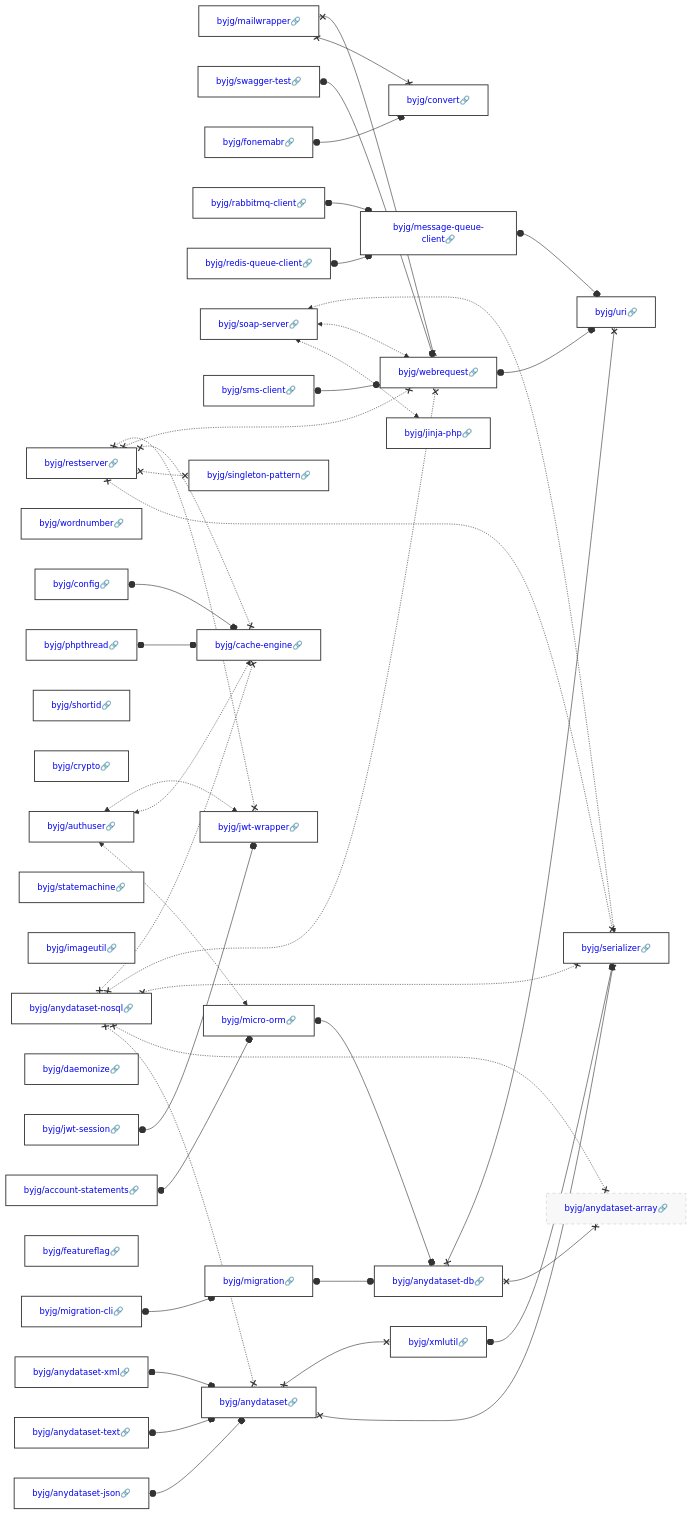
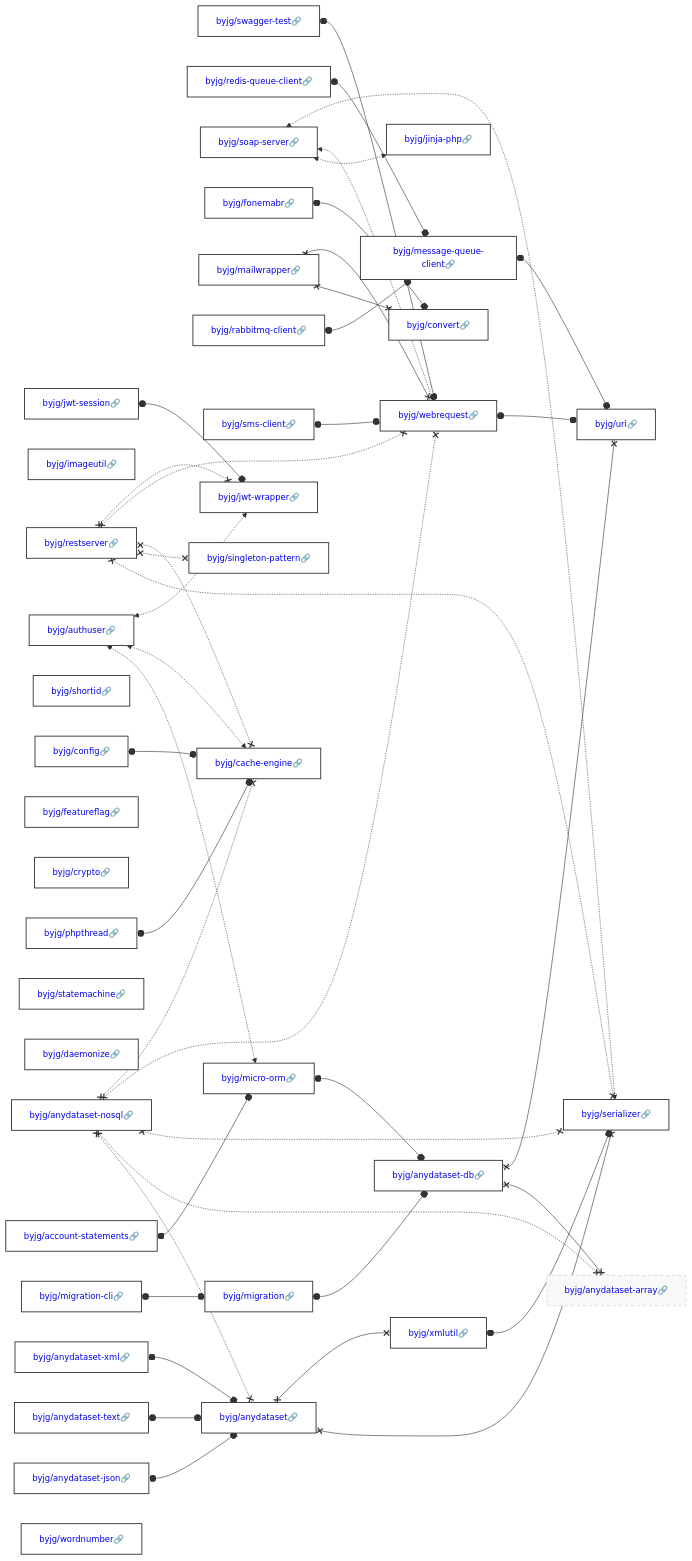
The diagram in docs/php/README.md (byjg/byjg.github.io), drawn with Mermaid before and after one commit. The commit also changed other lines of this file and 1 other file, not shown here.

Commit message:
Update documentation 'php' 'php-imageutil'

````diff
--- a/docs/php/README.md
+++ b/docs/php/README.md
@@ -3,40 +3,40 @@
 ```mermaid
 graph LR;
   byjg/jwt-session[<a href='https://opensource.byjg.com/docs/php/jwt-session' style='text-decoration:none'>byjg/jwt-session🔗</a>];
+  byjg/imageutil[<a href='https://opensource.byjg.com/docs/php/imageutil' style='text-decoration:none'>byjg/imageutil🔗</a>];
+  byjg/anydataset-text[<a href='https://opensource.byjg.com/docs/php/anydataset-text' style='text-decoration:none'>byjg/anydataset-text🔗</a>];
+  byjg/config[<a href='https://opensource.byjg.com/docs/php/config' style='text-decoration:none'>byjg/config🔗</a>];
+  byjg/shortid[<a href='https://opensource.byjg.com/docs/php/shortid' style='text-decoration:none'>byjg/shortid🔗</a>];
+  byjg/swagger-test[<a href='https://opensource.byjg.com/docs/php/swagger-test' style='text-decoration:none'>byjg/swagger-test🔗</a>];
+  byjg/anydataset-nosql[<a href='https://opensource.byjg.com/docs/php/anydataset-nosql' style='text-decoration:none'>byjg/anydataset-nosql🔗</a>];
+  byjg/redis-queue-client[<a href='https://opensource.byjg.com/docs/php/redis-queue-client' style='text-decoration:none'>byjg/redis-queue-client🔗</a>];
+  byjg/featureflag[<a href='https://opensource.byjg.com/docs/php/featureflag' style='text-decoration:none'>byjg/featureflag🔗</a>];
+  byjg/crypto[<a href='https://opensource.byjg.com/docs/php/crypto' style='text-decoration:none'>byjg/crypto🔗</a>];
+  byjg/anydataset-json[<a href='https://opensource.byjg.com/docs/php/anydataset-json' style='text-decoration:none'>byjg/anydataset-json🔗</a>];
+  byjg/soap-server[<a href='https://opensource.byjg.com/docs/php/soap-server' style='text-decoration:none'>byjg/soap-server🔗</a>];
+  byjg/statemachine[<a href='https://opensource.byjg.com/docs/php/statemachine' style='text-decoration:none'>byjg/statemachine🔗</a>];
+  byjg/daemonize[<a href='https://opensource.byjg.com/docs/php/daemonize' style='text-decoration:none'>byjg/daemonize🔗</a>];
+  byjg/fonemabr[<a href='https://opensource.byjg.com/docs/php/fonemabr' style='text-decoration:none'>byjg/fonemabr🔗</a>];
   byjg/mailwrapper[<a href='https://opensource.byjg.com/docs/php/mailwrapper' style='text-decoration:none'>byjg/mailwrapper🔗</a>];
-  byjg/swagger-test[<a href='https://opensource.byjg.com/docs/php/swagger-test' style='text-decoration:none'>byjg/swagger-test🔗</a>];
+  byjg/restserver[<a href='https://opensource.byjg.com/docs/php/restserver' style='text-decoration:none'>byjg/restserver🔗</a>];
+  byjg/authuser[<a href='https://opensource.byjg.com/docs/php/authuser' style='text-decoration:none'>byjg/authuser🔗</a>];
+  byjg/anydataset-xml[<a href='https://opensource.byjg.com/docs/php/anydataset-xml' style='text-decoration:none'>byjg/anydataset-xml🔗</a>];
+  byjg/phpthread[<a href='https://opensource.byjg.com/docs/php/phpthread' style='text-decoration:none'>byjg/phpthread🔗</a>];
+  byjg/migration-cli[<a href='https://opensource.byjg.com/docs/php/migration-cli' style='text-decoration:none'>byjg/migration-cli🔗</a>];
+  byjg/account-statements[<a href='https://opensource.byjg.com/docs/php/account-statements' style='text-decoration:none'>byjg/account-statements🔗</a>];
+  byjg/rabbitmq-client[<a href='https://opensource.byjg.com/docs/php/rabbitmq-client' style='text-decoration:none'>byjg/rabbitmq-client🔗</a>];
   byjg/wordnumber[<a href='https://opensource.byjg.com/docs/php/wordnumber' style='text-decoration:none'>byjg/wordnumber🔗</a>];
-  byjg/config[<a href='https://opensource.byjg.com/docs/php/config' style='text-decoration:none'>byjg/config🔗</a>];
-  byjg/fonemabr[<a href='https://opensource.byjg.com/docs/php/fonemabr' style='text-decoration:none'>byjg/fonemabr🔗</a>];
-  byjg/anydataset-json[<a href='https://opensource.byjg.com/docs/php/anydataset-json' style='text-decoration:none'>byjg/anydataset-json🔗</a>];
-  byjg/shortid[<a href='https://opensource.byjg.com/docs/php/shortid' style='text-decoration:none'>byjg/shortid🔗</a>];
-  byjg/crypto[<a href='https://opensource.byjg.com/docs/php/crypto' style='text-decoration:none'>byjg/crypto🔗</a>];
-  byjg/anydataset-text[<a href='https://opensource.byjg.com/docs/php/anydataset-text' style='text-decoration:none'>byjg/anydataset-text🔗</a>];
-  byjg/rabbitmq-client[<a href='https://opensource.byjg.com/docs/php/rabbitmq-client' style='text-decoration:none'>byjg/rabbitmq-client🔗</a>];
-  byjg/redis-queue-client[<a href='https://opensource.byjg.com/docs/php/redis-queue-client' style='text-decoration:none'>byjg/redis-queue-client🔗</a>];
-  byjg/statemachine[<a href='https://opensource.byjg.com/docs/php/statemachine' style='text-decoration:none'>byjg/statemachine🔗</a>];
-  byjg/soap-server[<a href='https://opensource.byjg.com/docs/php/soap-server' style='text-decoration:none'>byjg/soap-server🔗</a>];
-  byjg/imageutil[<a href='https://opensource.byjg.com/docs/php/imageutil' style='text-decoration:none'>byjg/imageutil🔗</a>];
-  byjg/anydataset-nosql[<a href='https://opensource.byjg.com/docs/php/anydataset-nosql' style='text-decoration:none'>byjg/anydataset-nosql🔗</a>];
-  byjg/daemonize[<a href='https://opensource.byjg.com/docs/php/daemonize' style='text-decoration:none'>byjg/daemonize🔗</a>];
-  byjg/restserver[<a href='https://opensource.byjg.com/docs/php/restserver' style='text-decoration:none'>byjg/restserver🔗</a>];
-  byjg/phpthread[<a href='https://opensource.byjg.com/docs/php/phpthread' style='text-decoration:none'>byjg/phpthread🔗</a>];
   byjg/sms-client[<a href='https://opensource.byjg.com/docs/php/sms-client' style='text-decoration:none'>byjg/sms-client🔗</a>];
-  byjg/featureflag[<a href='https://opensource.byjg.com/docs/php/featureflag' style='text-decoration:none'>byjg/featureflag🔗</a>];
-  byjg/account-statements[<a href='https://opensource.byjg.com/docs/php/account-statements' style='text-decoration:none'>byjg/account-statements🔗</a>];
-  byjg/anydataset-xml[<a href='https://opensource.byjg.com/docs/php/anydataset-xml' style='text-decoration:none'>byjg/anydataset-xml🔗</a>];
-  byjg/migration-cli[<a href='https://opensource.byjg.com/docs/php/migration-cli' style='text-decoration:none'>byjg/migration-cli🔗</a>];
-  byjg/authuser[<a href='https://opensource.byjg.com/docs/php/authuser' style='text-decoration:none'>byjg/authuser🔗</a>];
+  byjg/jinja-php[<a href='https://opensource.byjg.com/docs/php/jinja-php' style='text-decoration:none'>byjg/jinja-php🔗</a>];
   byjg/convert[<a href='https://opensource.byjg.com/docs/php/convert' style='text-decoration:none'>byjg/convert🔗</a>];
-  byjg/message-queue-client[<a href='https://opensource.byjg.com/docs/php/message-queue-client' style='text-decoration:none'>byjg/message-queue-client🔗</a>];
-  byjg/jinja-php[<a href='https://opensource.byjg.com/docs/php/jinja-php' style='text-decoration:none'>byjg/jinja-php🔗</a>];
   byjg/singleton-pattern[<a href='https://opensource.byjg.com/docs/php/singleton-pattern' style='text-decoration:none'>byjg/singleton-pattern🔗</a>];
-  byjg/webrequest[<a href='https://opensource.byjg.com/docs/php/webrequest' style='text-decoration:none'>byjg/webrequest🔗</a>];
+  byjg/jwt-wrapper[<a href='https://opensource.byjg.com/docs/php/jwt-wrapper' style='text-decoration:none'>byjg/jwt-wrapper🔗</a>];
   byjg/anydataset[<a href='https://opensource.byjg.com/docs/php/anydataset' style='text-decoration:none'>byjg/anydataset🔗</a>];
+  byjg/cache-engine[<a href='https://opensource.byjg.com/docs/php/cache-engine' style='text-decoration:none'>byjg/cache-engine🔗</a>];
   byjg/migration[<a href='https://opensource.byjg.com/docs/php/migration' style='text-decoration:none'>byjg/migration🔗</a>];
   byjg/micro-orm[<a href='https://opensource.byjg.com/docs/php/micro-orm' style='text-decoration:none'>byjg/micro-orm🔗</a>];
-  byjg/cache-engine[<a href='https://opensource.byjg.com/docs/php/cache-engine' style='text-decoration:none'>byjg/cache-engine🔗</a>];
-  byjg/jwt-wrapper[<a href='https://opensource.byjg.com/docs/php/jwt-wrapper' style='text-decoration:none'>byjg/jwt-wrapper🔗</a>];
+  byjg/message-queue-client[<a href='https://opensource.byjg.com/docs/php/message-queue-client' style='text-decoration:none'>byjg/message-queue-client🔗</a>];
+  byjg/webrequest[<a href='https://opensource.byjg.com/docs/php/webrequest' style='text-decoration:none'>byjg/webrequest🔗</a>];
   byjg/xmlutil[<a href='https://opensource.byjg.com/docs/php/xmlutil' style='text-decoration:none'>byjg/xmlutil🔗</a>];
   byjg/anydataset-db[<a href='https://opensource.byjg.com/docs/php/anydataset-db' style='text-decoration:none'>byjg/anydataset-db🔗</a>];
   byjg/serializer[<a href='https://opensource.byjg.com/docs/php/serializer' style='text-decoration:none'>byjg/serializer🔗</a>];
````
